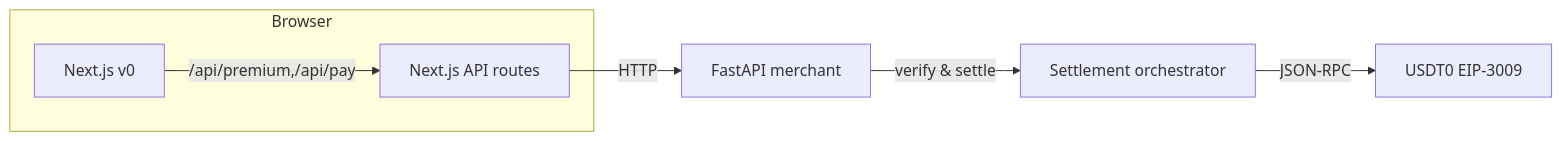
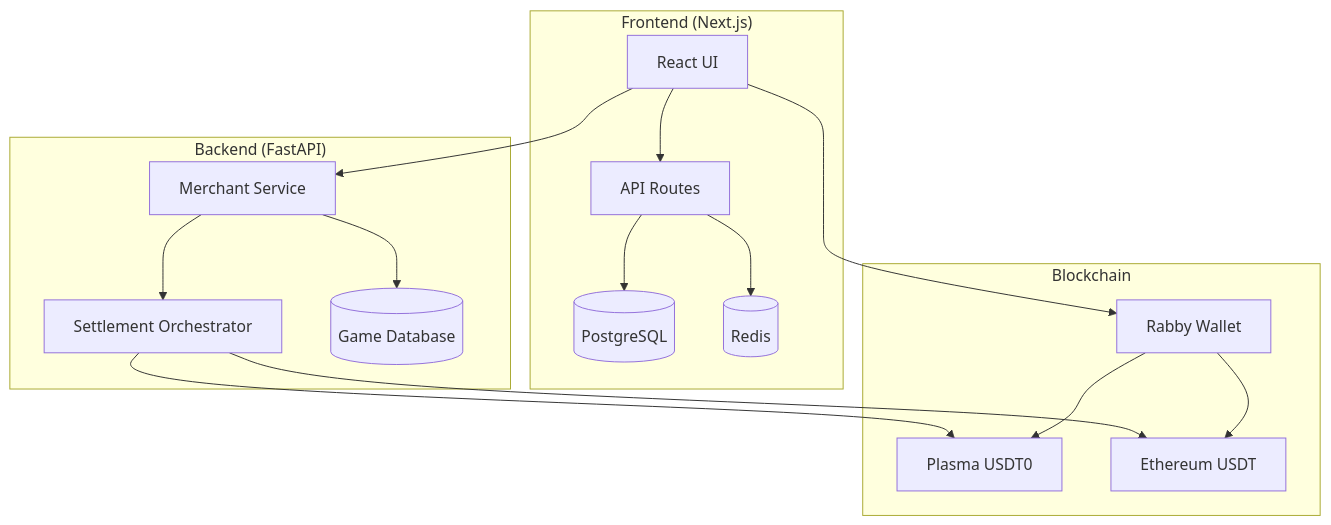
The first of 3 diagrams in README.md (xkonjin/xUSDT), drawn with Mermaid before and after one commit. The commit also changed other lines of this file and 1 other file, not shown here.

Commit message:
Update README.md to enhance project overview and features; refactor toy data retrieval in API to improve type safety and clarity.

````diff
--- a/README.md
+++ b/README.md
@@ -68,9 +156,23 @@
 ```mermaid
-flowchart LR
-  subgraph Browser
-    UI[Next.js v0] -- /api/premium,/api/pay --> Proxy
-  end
-  Proxy[Next.js API routes] -- HTTP --> Merchant[FastAPI merchant]
-  Merchant -- verify & settle --> Facilitator[Settlement orchestrator]
-  Facilitator -- JSON‑RPC --> Plasma[USDT0 EIP‑3009]
+flowchart TB
+    subgraph "Frontend (Next.js)"
+        UI[React UI] --> API[API Routes]
+        API --> DB[(PostgreSQL)]
+        API --> Redis[(Redis)]
+    end
+    
+    subgraph "Backend (FastAPI)"
+        Merchant[Merchant Service] --> Facilitator[Settlement Orchestrator]
+        Merchant --> GameDB[(Game Database)]
+    end
+    
+    subgraph "Blockchain"
+        Facilitator --> Plasma[Plasma USDT0]
+        Facilitator --> Ethereum[Ethereum USDT]
+        UI --> Wallet[Rabby Wallet]
+    end
+    
+    UI --> Merchant
+    Wallet --> Plasma
+    Wallet --> Ethereum
 ```
````
